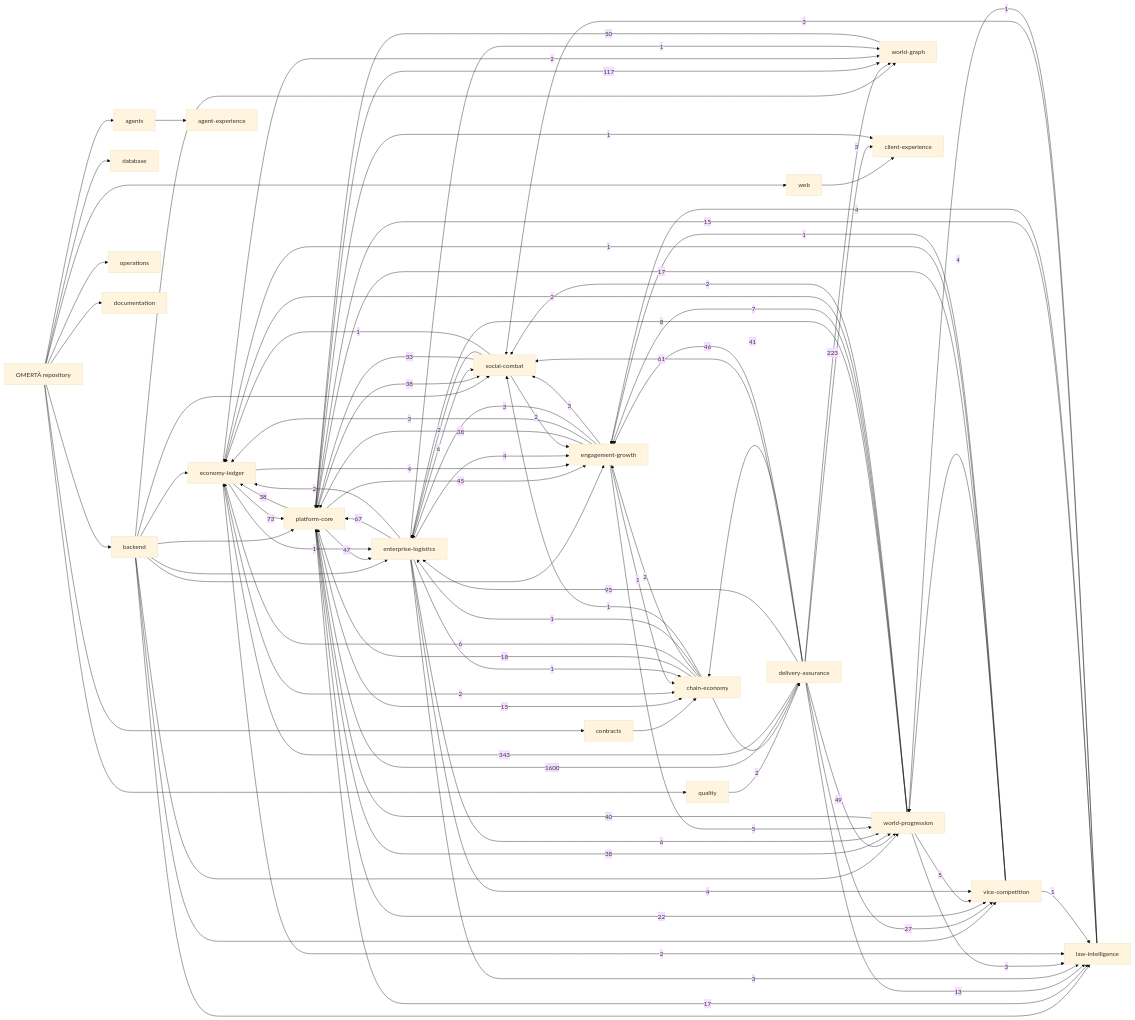
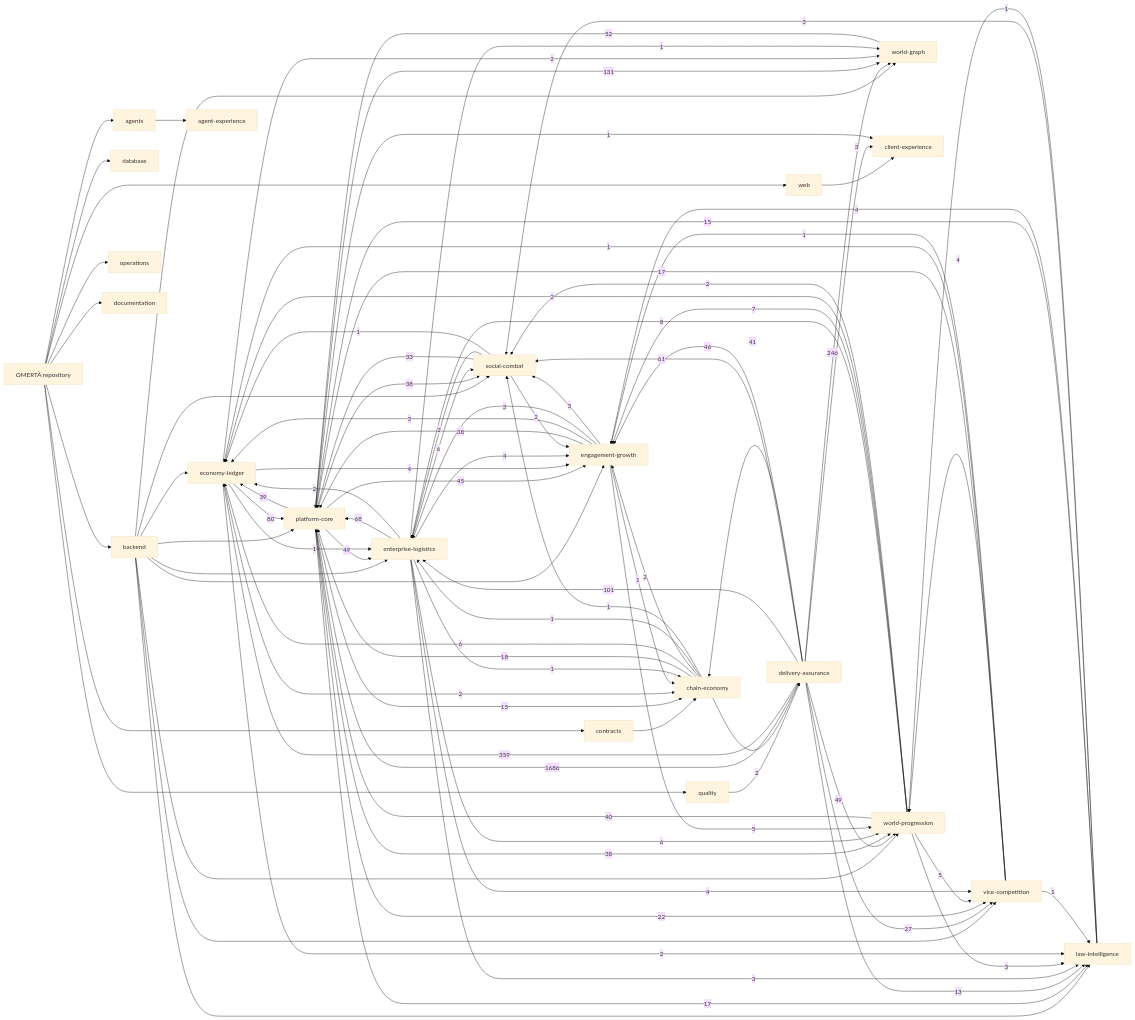
The diagram in knowledge/generated/graph.mmd (OmertaDev/Omerta), drawn with Mermaid (base theme) before and after one commit. The commit also changed 8 other files, not shown here.

```diff
--- a/knowledge/generated/graph.mmd
+++ b/knowledge/generated/graph.mmd
@@ -1,113 +1,113 @@
 flowchart LR
   repo["OMERTÀ repository"]
   sub_backend["backend"]
   repo --> sub_backend
   sub_database["database"]
   repo --> sub_database
   sub_web["web"]
   repo --> sub_web
   sub_contracts["contracts"]
   repo --> sub_contracts
   sub_agents["agents"]
   repo --> sub_agents
   sub_quality["quality"]
   repo --> sub_quality
   sub_operations["operations"]
   repo --> sub_operations
   sub_documentation["documentation"]
   repo --> sub_documentation
   dom_platform-core["platform-core"]
   dom_economy-ledger["economy-ledger"]
   dom_social-combat["social-combat"]
   dom_world-progression["world-progression"]
   dom_world-graph["world-graph"]
   dom_enterprise-logistics["enterprise-logistics"]
   dom_vice-competition["vice-competition"]
   dom_law-intelligence["law-intelligence"]
   dom_chain-economy["chain-economy"]
   dom_engagement-growth["engagement-growth"]
   dom_client-experience["client-experience"]
   dom_agent-experience["agent-experience"]
   dom_delivery-assurance["delivery-assurance"]
   sub_agents --> dom_agent-experience
   sub_backend --> dom_economy-ledger
   sub_backend --> dom_engagement-growth
   sub_backend --> dom_enterprise-logistics
   sub_backend --> dom_law-intelligence
   sub_backend --> dom_platform-core
   sub_backend --> dom_social-combat
   sub_backend --> dom_vice-competition
   sub_backend --> dom_world-graph
   sub_backend --> dom_world-progression
   sub_contracts --> dom_chain-economy
   sub_quality --> dom_delivery-assurance
   sub_web --> dom_client-experience
-  dom_delivery-assurance -->|1600| dom_platform-core
-  dom_delivery-assurance -->|343| dom_economy-ledger
-  dom_delivery-assurance -->|223| dom_world-graph
-  dom_platform-core -->|117| dom_world-graph
-  dom_delivery-assurance -->|95| dom_enterprise-logistics
-  dom_economy-ledger -->|73| dom_platform-core
-  dom_enterprise-logistics -->|67| dom_platform-core
+  dom_delivery-assurance -->|1686| dom_platform-core
+  dom_delivery-assurance -->|359| dom_economy-ledger
+  dom_delivery-assurance -->|246| dom_world-graph
+  dom_platform-core -->|131| dom_world-graph
+  dom_delivery-assurance -->|101| dom_enterprise-logistics
+  dom_economy-ledger -->|80| dom_platform-core
+  dom_enterprise-logistics -->|68| dom_platform-core
   dom_delivery-assurance -->|61| dom_social-combat
-  dom_world-graph -->|50| dom_platform-core
+  dom_world-graph -->|52| dom_platform-core
   dom_delivery-assurance -->|49| dom_world-progression
-  dom_platform-core -->|47| dom_enterprise-logistics
+  dom_platform-core -->|49| dom_enterprise-logistics
   dom_delivery-assurance -->|46| dom_engagement-growth
   dom_platform-core -->|45| dom_engagement-growth
   dom_delivery-assurance -->|41| dom_chain-economy
   dom_world-progression -->|40| dom_platform-core
+  dom_platform-core -->|39| dom_economy-ledger
   dom_engagement-growth -->|38| dom_platform-core
-  dom_platform-core -->|38| dom_economy-ledger
   dom_platform-core -->|38| dom_social-combat
   dom_platform-core -->|38| dom_world-progression
   dom_social-combat -->|33| dom_platform-core
   dom_delivery-assurance -->|27| dom_vice-competition
   dom_platform-core -->|22| dom_vice-competition
   dom_chain-economy -->|18| dom_platform-core
   dom_platform-core -->|17| dom_law-intelligence
   dom_vice-competition -->|17| dom_platform-core
   dom_law-intelligence -->|15| dom_platform-core
   dom_platform-core -->|15| dom_chain-economy
   dom_delivery-assurance -->|13| dom_law-intelligence
   dom_world-progression -->|8| dom_enterprise-logistics
   dom_world-progression -->|7| dom_engagement-growth
   dom_chain-economy -->|6| dom_economy-ledger
   dom_enterprise-logistics -->|6| dom_social-combat
   dom_enterprise-logistics -->|6| dom_world-progression
   dom_engagement-growth -->|5| dom_world-progression
   dom_world-progression -->|5| dom_vice-competition
   dom_economy-ledger -->|4| dom_engagement-growth
   dom_enterprise-logistics -->|4| dom_engagement-growth
   dom_enterprise-logistics -->|4| dom_vice-competition
   dom_law-intelligence -->|4| dom_engagement-growth
   dom_vice-competition -->|4| dom_world-progression
   dom_delivery-assurance -->|3| dom_client-experience
   dom_engagement-growth -->|3| dom_economy-ledger
   dom_engagement-growth -->|3| dom_enterprise-logistics
   dom_engagement-growth -->|3| dom_social-combat
   dom_enterprise-logistics -->|3| dom_law-intelligence
   dom_law-intelligence -->|3| dom_social-combat
   dom_world-progression -->|3| dom_law-intelligence
   dom_chain-economy -->|2| dom_delivery-assurance
   dom_chain-economy -->|2| dom_engagement-growth
   dom_economy-ledger -->|2| dom_chain-economy
   dom_economy-ledger -->|2| dom_law-intelligence
   dom_economy-ledger -->|2| dom_world-graph
   dom_enterprise-logistics -->|2| dom_economy-ledger
   dom_social-combat -->|2| dom_engagement-growth
   dom_social-combat -->|2| dom_enterprise-logistics
   dom_world-progression -->|2| dom_economy-ledger
   dom_world-progression -->|2| dom_social-combat
   dom_chain-economy -->|1| dom_enterprise-logistics
   dom_chain-economy -->|1| dom_social-combat
   dom_economy-ledger -->|1| dom_enterprise-logistics
   dom_engagement-growth -->|1| dom_chain-economy
   dom_enterprise-logistics -->|1| dom_chain-economy
   dom_enterprise-logistics -->|1| dom_world-graph
   dom_law-intelligence -->|1| dom_world-progression
   dom_platform-core -->|1| dom_client-experience
   dom_social-combat -->|1| dom_economy-ledger
   dom_vice-competition -->|1| dom_economy-ledger
   dom_vice-competition -->|1| dom_engagement-growth
   dom_vice-competition -->|1| dom_law-intelligence
```
